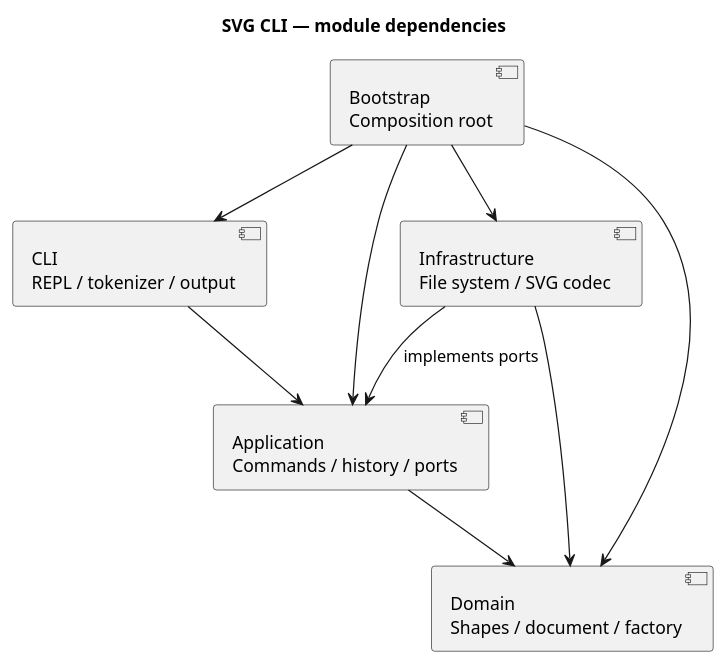
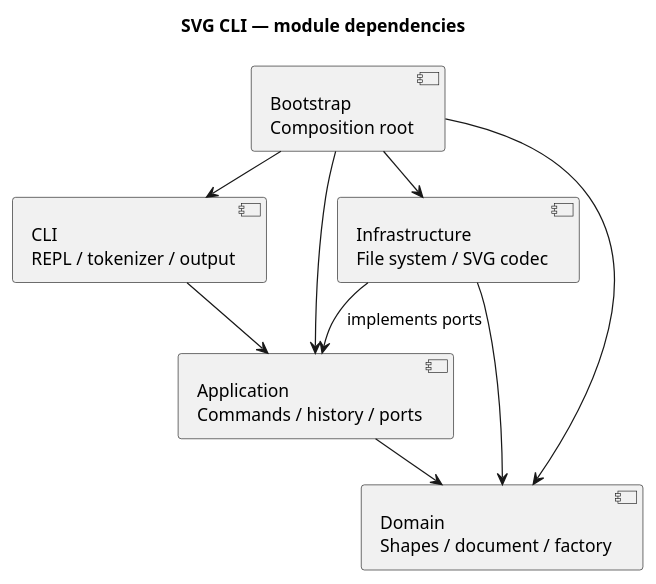
The diagram in doc/architecture.puml (1220XXX/svg-editor_XHT), drawn with PlantUML before and after one commit. The commit also changed 29 other files, not shown here.

Commit message:
test: verify baseline requirements and enforce architecture boundaries

```diff
--- a/doc/architecture.puml
+++ b/doc/architecture.puml
@@ -1,16 +1,18 @@
 @startuml
+!pragma layout smetana
+skinparam backgroundColor #FFFFFF
 title SVG CLI — module dependencies
 component "CLI\nREPL / tokenizer / output" as CLI
 component "Application\nCommands / history / ports" as APP
 component "Domain\nShapes / document / factory" as DOMAIN
 component "Infrastructure\nFile system / SVG codec" as INFRA
 component "Bootstrap\nComposition root" as BOOT
 CLI --> APP
 APP --> DOMAIN
 INFRA --> APP : implements ports
 INFRA --> DOMAIN
 BOOT --> CLI
 BOOT --> APP
 BOOT --> DOMAIN
 BOOT --> INFRA
 @enduml
```
